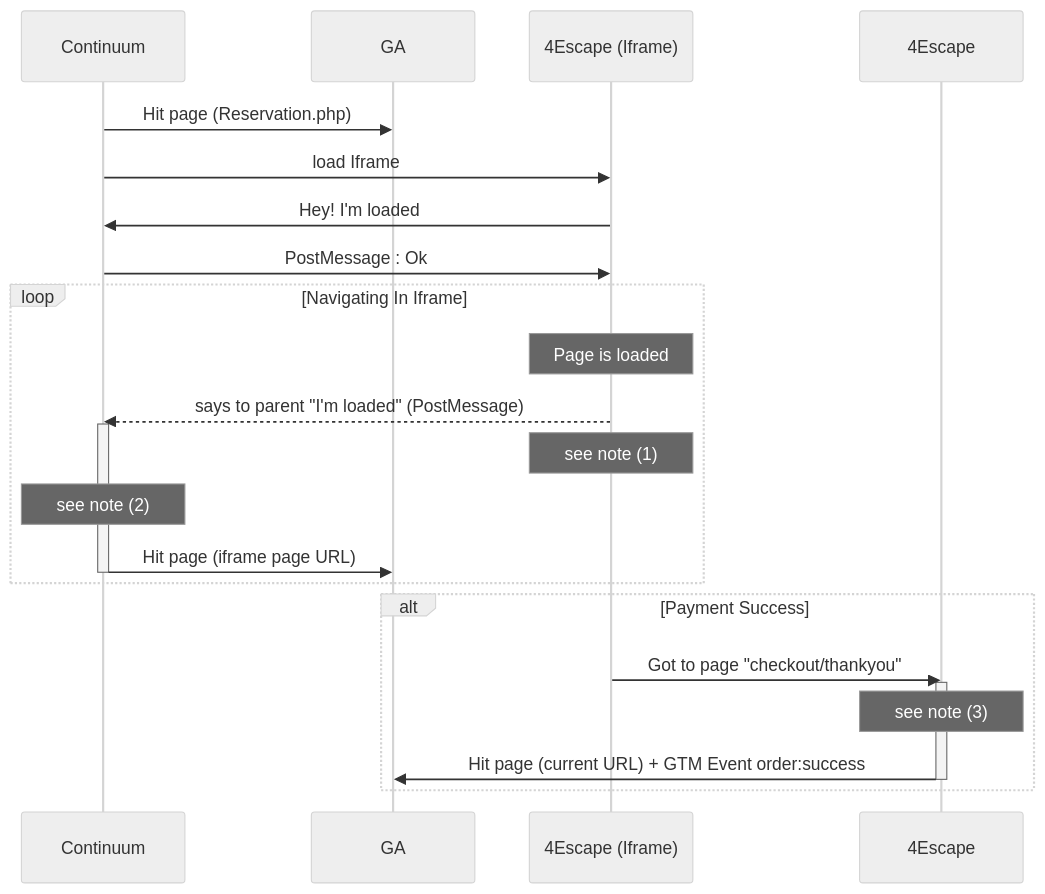
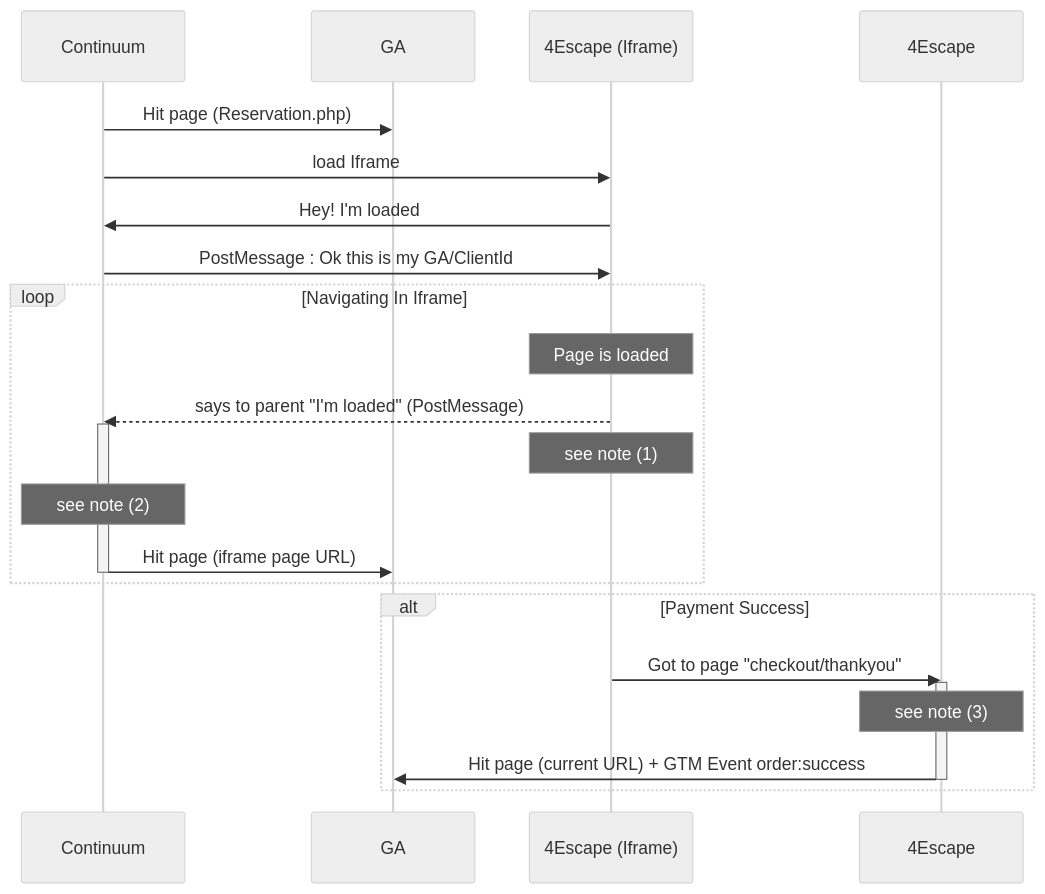
One commit to NansPellicari/stackEdit changed the diagram in doc/continuum/ClientId.md. Above: the diagram before and after it, drawn with Mermaid (neutral theme). The commit also changed other lines of this file, not shown here.

Commit message:
doc/continuum/ClientId.md updated from https://stackedit.io/

````diff
--- a/doc/continuum/ClientId.md
+++ b/doc/continuum/ClientId.md
@@ -16,42 +16,43 @@
 ```mermaid
 
 sequenceDiagram
 
 Continuum->>GA: Hit page (Reservation.php)
 
 Continuum->>4Escape (Iframe): load Iframe
 4Escape (Iframe)->>Continuum: Hey! I'm loaded
-Continuum->>4Escape (Iframe): PostMessage : Ok 
+Continuum->>4Escape (Iframe): PostMessage : Ok this is my GA/ClientId
+
 loop Navigating In Iframe
 
 Note over 4Escape (Iframe): Page is loaded
 
 4Escape (Iframe)-->>Continuum: says to parent "I'm loaded" (PostMessage)
 
 activate Continuum
 
 Note over 4Escape (Iframe): see note (1)
 
 Note over Continuum: see note (2)
 
 Continuum->>GA: Hit page (iframe page URL)
 
 deactivate Continuum
 
 end
 
 alt Payment Success
 
 4Escape (Iframe)->>4Escape: Got to page "checkout/thankyou"
 
 activate 4Escape
 
 Note over 4Escape: see note (3)
 
 4Escape->>GA: Hit page (current URL) + GTM Event order:success
 
 deactivate 4Escape
 
 end
 
 ```
````
